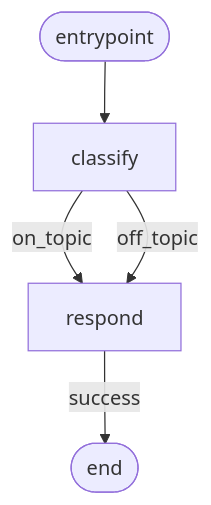
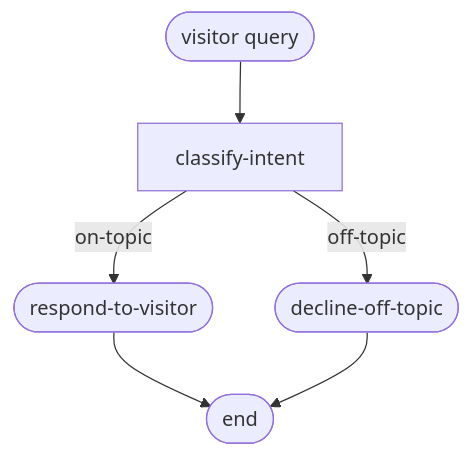
The diagram in docs/examples/01-linear.md (Studnicky/Dagonizer), drawn with Mermaid before and after one commit. The commit also changed other lines of this file and 113 other files, not shown here.

````diff
--- a/docs/examples/01-linear.md
+++ b/docs/examples/01-linear.md
@@ -7,11 +12,13 @@
 ```mermaid
 flowchart TB
-  start([entrypoint])
-  classify[classify]
-  respond[respond]
+  start([visitor query])
+  classify[classify-intent]
+  decline([decline-off-topic])
+  respond([respond-to-visitor])
   END([end])
   start --> classify
-  classify -->|on_topic| respond
-  classify -->|off_topic| respond
-  respond -->|success| END
+  classify -->|on-topic| respond
+  classify -->|off-topic| decline
+  respond --> END
+  decline --> END
 ```
````
